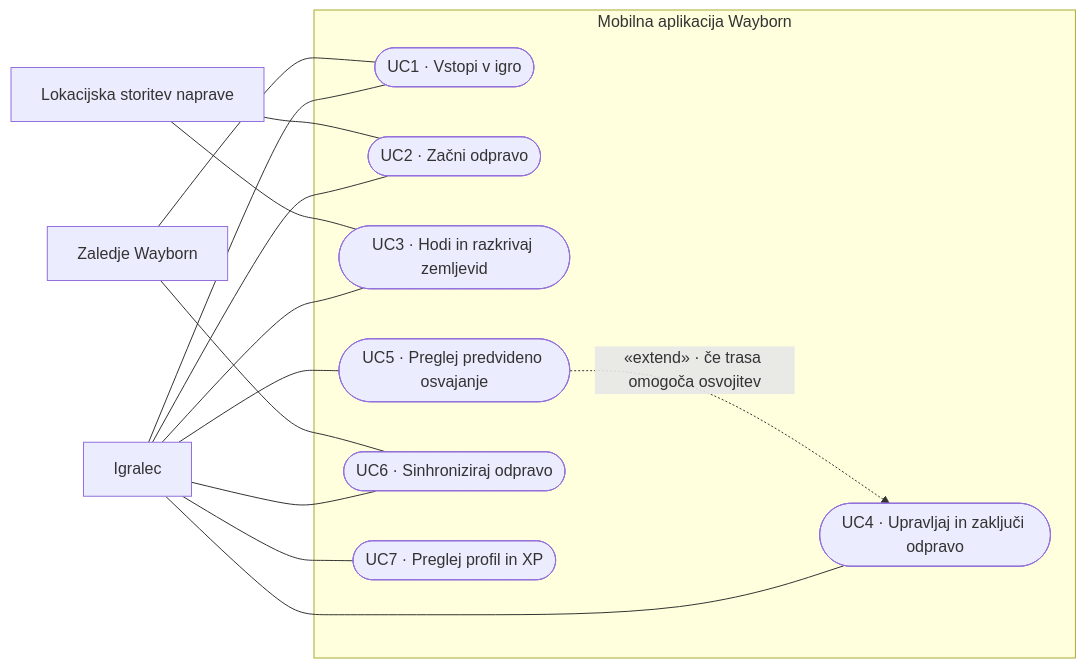
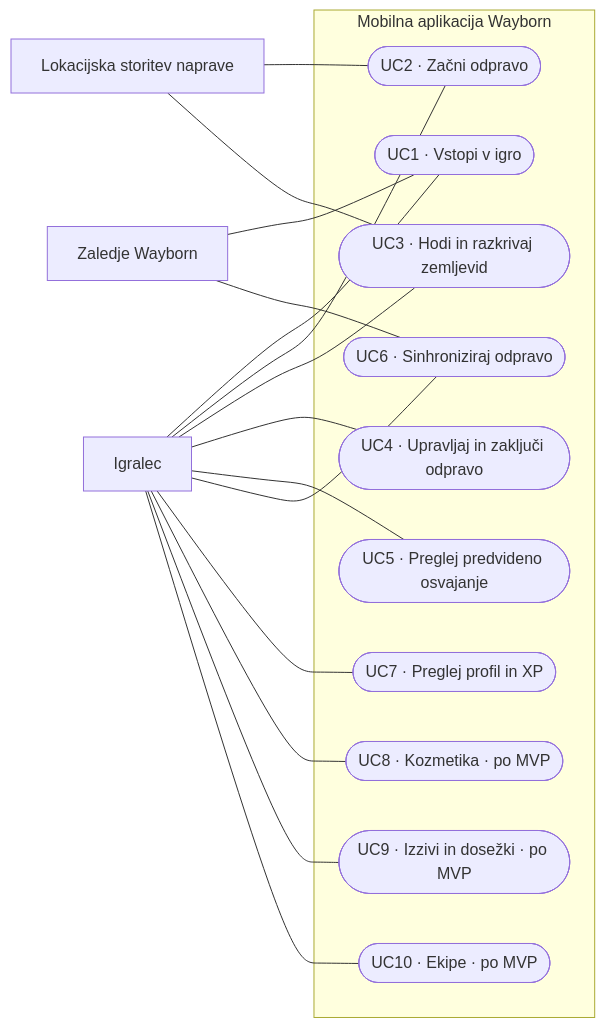
Before and after one commit to kihecpihec/wayborn: the first of 2 diagrams in dokumentacija/02-scenariji.md, drawn with Mermaid. The commit also changed other lines of this file and 6 other files, not shown here.

Commit message:
Uskladi diagrame uporabe in navigacije ter dodaj slikovne izvoze

````diff
--- a/dokumentacija/02-scenariji.md
+++ b/dokumentacija/02-scenariji.md
@@ -7,19 +11,24 @@
 ```mermaid
 flowchart LR
     I["Igralec"]
     L["Lokacijska storitev naprave"]
     S["Zaledje Wayborn"]
     subgraph W["Mobilna aplikacija Wayborn"]
         UC1(["UC1 · Vstopi v igro"])
         UC2(["UC2 · Začni odpravo"])
         UC3(["UC3 · Hodi in razkrivaj zemljevid"])
         UC4(["UC4 · Upravljaj in zaključi odpravo"])
         UC5(["UC5 · Preglej predvideno osvajanje"])
         UC6(["UC6 · Sinhroniziraj odpravo"])
         UC7(["UC7 · Preglej profil in XP"])
+        UC8(["UC8 · Kozmetika · po MVP"])
+        UC9(["UC9 · Izzivi in dosežki · po MVP"])
+        UC10(["UC10 · Ekipe · po MVP"])
     end
     I --- UC1 & UC2 & UC3 & UC4 & UC5 & UC6 & UC7
     L --- UC2 & UC3
     S --- UC1 & UC6
-    UC5 -. "«extend» · če trasa omogoča osvojitev" .-> UC4
+    I --- UC8
+    I --- UC9
+    I --- UC10
 ```
````
